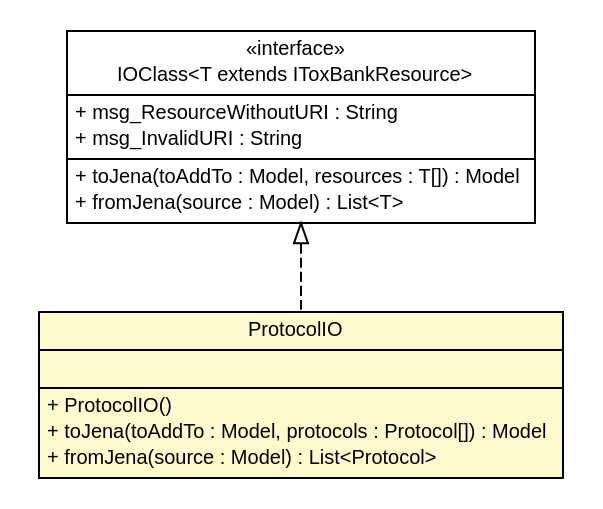
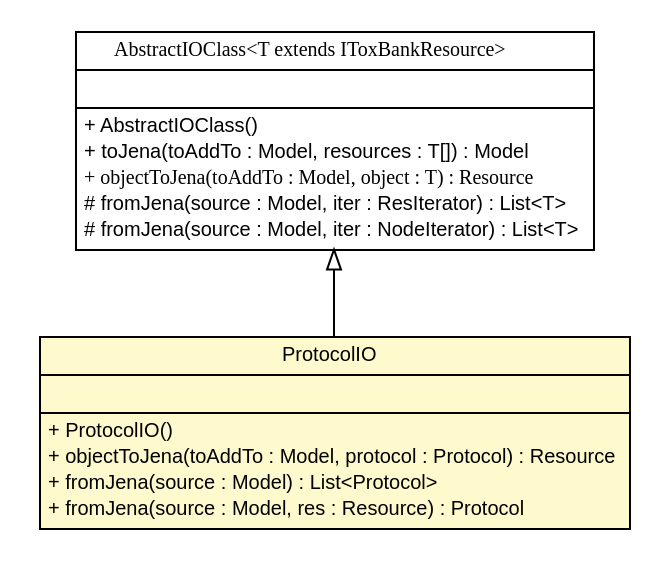
The diagram in apidocs/net/toxbank/client/io/rdf/ProtocolIO.dot (ToxBank/toxbank-api-beans), drawn with Graphviz before and after one commit. The commit also changed 272 other files, not shown here.

```diff
--- a/apidocs/net/toxbank/client/io/rdf/ProtocolIO.dot
+++ b/apidocs/net/toxbank/client/io/rdf/ProtocolIO.dot
@@ -1,41 +1,43 @@
 #!/usr/local/bin/dot
 #
 # Class diagram 
 # Generated by UmlGraph version 4.6 (http://www.spinellis.gr/sw/umlgraph)
 #
 
 digraph G {
 	edge [fontname="arial",fontsize=10,labelfontname="arial",labelfontsize=10];
 	node [fontname="arial",fontsize=10,shape=plaintext];
 	// net.toxbank.client.io.rdf.ProtocolIO
-	c259 [label=<<table border="0" cellborder="1" cellspacing="0" cellpadding="2" port="p" bgcolor="lemonChiffon" href="./ProtocolIO.html">
+	c277 [label=<<table border="0" cellborder="1" cellspacing="0" cellpadding="2" port="p" bgcolor="lemonChiffon" href="./ProtocolIO.html">
 		<tr><td><table border="0" cellspacing="0" cellpadding="1">
 			<tr><td> ProtocolIO </td></tr>
 		</table></td></tr>
 		<tr><td><table border="0" cellspacing="0" cellpadding="1">
 			<tr><td align="left">  </td></tr>
 		</table></td></tr>
 		<tr><td><table border="0" cellspacing="0" cellpadding="1">
 			<tr><td align="left"> + ProtocolIO() </td></tr>
-			<tr><td align="left"> + toJena(toAddTo : Model, protocols : Protocol[]) : Model </td></tr>
+			<tr><td align="left"> + objectToJena(toAddTo : Model, protocol : Protocol) : Resource </td></tr>
 			<tr><td align="left"> + fromJena(source : Model) : List&lt;Protocol&gt; </td></tr>
+			<tr><td align="left"> + fromJena(source : Model, res : Resource) : Protocol </td></tr>
 		</table></td></tr>
 		</table>>, fontname="arial", fontcolor="black", fontsize=10.0];
-	// net.toxbank.client.io.rdf.IOClass<T extends net.toxbank.client.resource.IToxBankResource>
-	c262 [label=<<table border="0" cellborder="1" cellspacing="0" cellpadding="2" port="p" href="./IOClass.html">
+	// net.toxbank.client.io.rdf.AbstractIOClass<T extends net.toxbank.client.resource.IToxBankResource>
+	c285 [label=<<table border="0" cellborder="1" cellspacing="0" cellpadding="2" port="p" href="./AbstractIOClass.html">
 		<tr><td><table border="0" cellspacing="0" cellpadding="1">
-			<tr><td> &laquo;interface&raquo; </td></tr>
-			<tr><td> IOClass&lt;T extends IToxBankResource&gt; </td></tr>
+			<tr><td><font face="ariali"> AbstractIOClass&lt;T extends IToxBankResource&gt; </font></td></tr>
 		</table></td></tr>
 		<tr><td><table border="0" cellspacing="0" cellpadding="1">
-			<tr><td align="left"> + msg_ResourceWithoutURI : String </td></tr>
-			<tr><td align="left"> + msg_InvalidURI : String </td></tr>
+			<tr><td align="left">  </td></tr>
 		</table></td></tr>
 		<tr><td><table border="0" cellspacing="0" cellpadding="1">
+			<tr><td align="left"> + AbstractIOClass() </td></tr>
 			<tr><td align="left"> + toJena(toAddTo : Model, resources : T[]) : Model </td></tr>
-			<tr><td align="left"> + fromJena(source : Model) : List&lt;T&gt; </td></tr>
+			<tr><td align="left"><font face="ariali" point-size="10.0"> + objectToJena(toAddTo : Model, object : T) : Resource </font></td></tr>
+			<tr><td align="left"> # fromJena(source : Model, iter : ResIterator) : List&lt;T&gt; </td></tr>
+			<tr><td align="left"> # fromJena(source : Model, iter : NodeIterator) : List&lt;T&gt; </td></tr>
 		</table></td></tr>
 		</table>>, fontname="arial", fontcolor="black", fontsize=10.0];
-	//net.toxbank.client.io.rdf.ProtocolIO implements net.toxbank.client.io.rdf.IOClass<T extends net.toxbank.client.resource.IToxBankResource>
-	c262:p -> c259:p [dir=back,arrowtail=empty,style=dashed];
+	//net.toxbank.client.io.rdf.ProtocolIO extends net.toxbank.client.io.rdf.AbstractIOClass<net.toxbank.client.resource.Protocol>
+	c285:p -> c277:p [dir=back,arrowtail=empty];
 }
```
